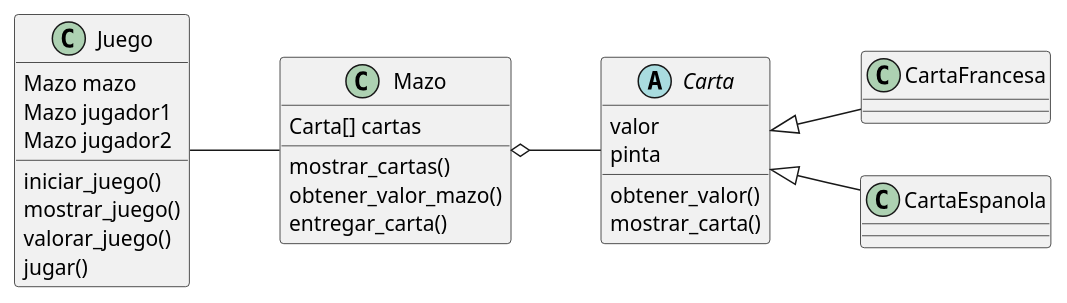
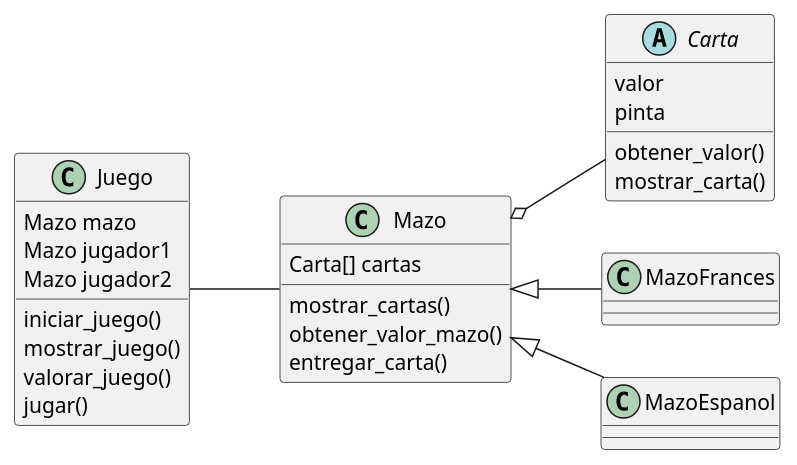
The diagram in diagramas/clases.plantuml (apdaza/practica_git_uml), drawn with PlantUML before and after one commit. The commit also changed 3 other files, not shown here.

```diff
--- a/diagramas/clases.plantuml
+++ b/diagramas/clases.plantuml
@@ -1,28 +1,28 @@
 @startuml
 left to right direction
 
 abstract Carta
-Carta <|-- CartaFrancesa
-Carta <|-- CartaEspanola
+Mazo <|-- MazoFrances
+Mazo <|-- MazoEspanol
 Mazo o-- Carta
 Juego -- Mazo
 
 Juego : iniciar_juego()
 Juego : mostrar_juego()
 Juego : valorar_juego()
 Juego : jugar()
 Juego : Mazo mazo
 Juego : Mazo jugador1
 Juego : Mazo jugador2
 
 Carta : valor
 Carta : pinta
 Carta : obtener_valor()
 Carta : mostrar_carta()
 
 Mazo : Carta[] cartas
 Mazo : mostrar_cartas()
 Mazo : obtener_valor_mazo()
 Mazo : entregar_carta()
 
 @enduml
```
